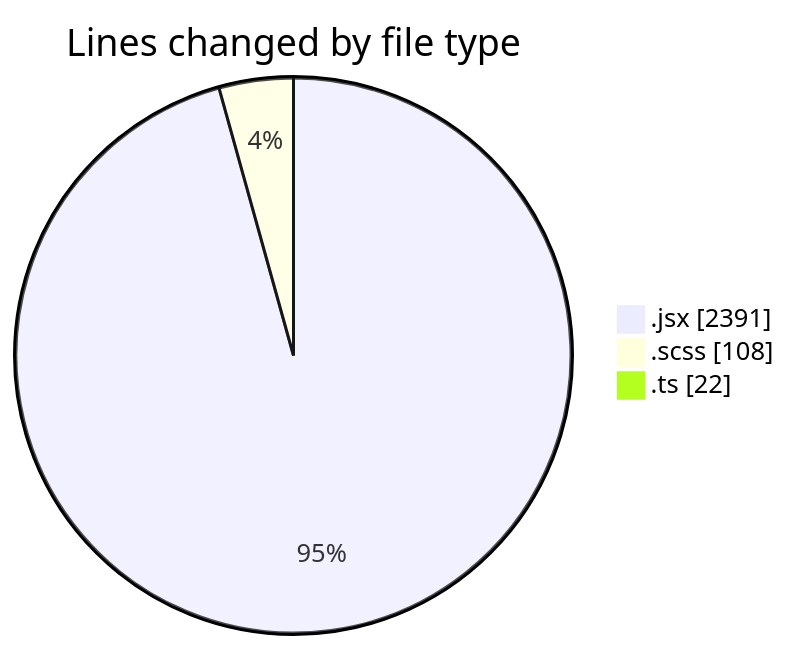
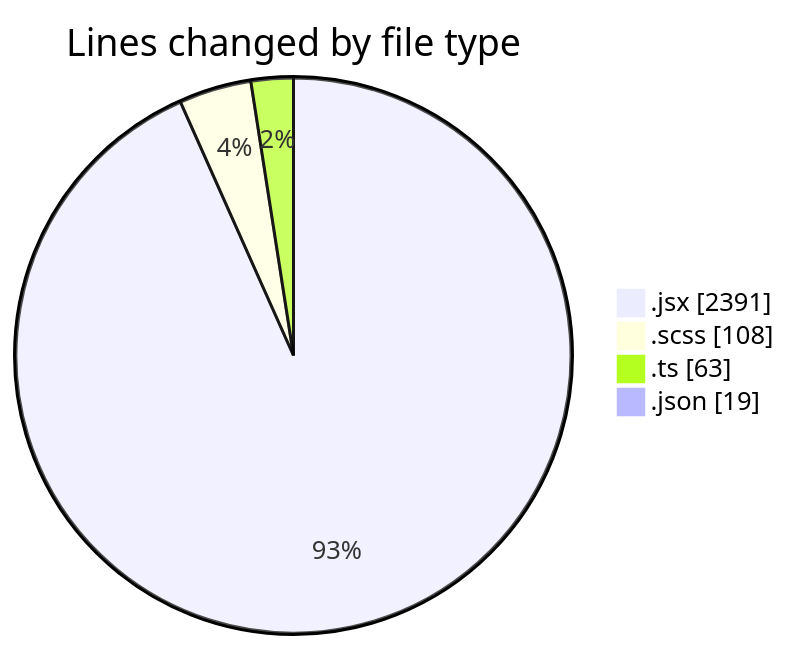
The first of 2 diagrams in 2026-09-01/cda/README.md (momahboobian/code-tracking), drawn with Mermaid before and after one commit. The commit also changed other lines of this file and 1 other file, not shown here.

````diff
--- a/2026-09-01/cda/README.md
+++ b/2026-09-01/cda/README.md
@@ -45,7 +48,8 @@
 ```mermaid
 pie showData
 title Lines changed by file type
 ".jsx" : 2391
 ".scss" : 108
-".ts" : 22
+".ts" : 63
+".json" : 19
 ```
````
